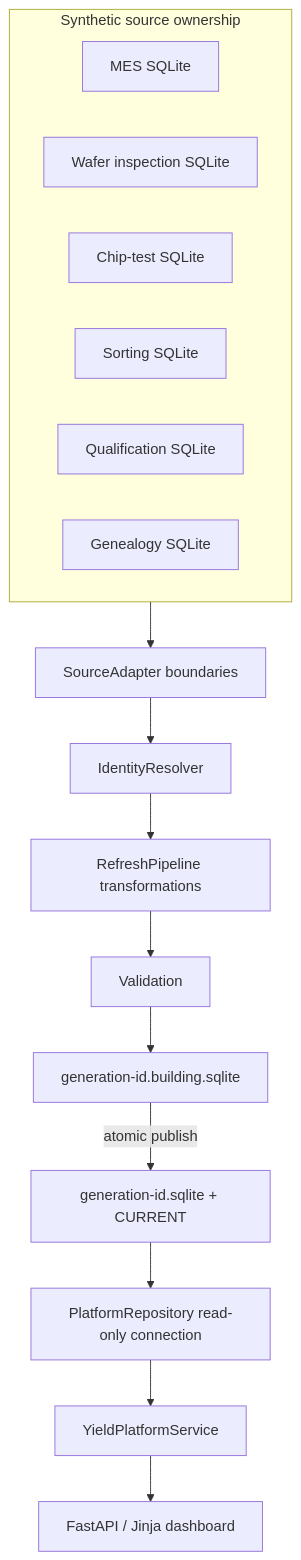
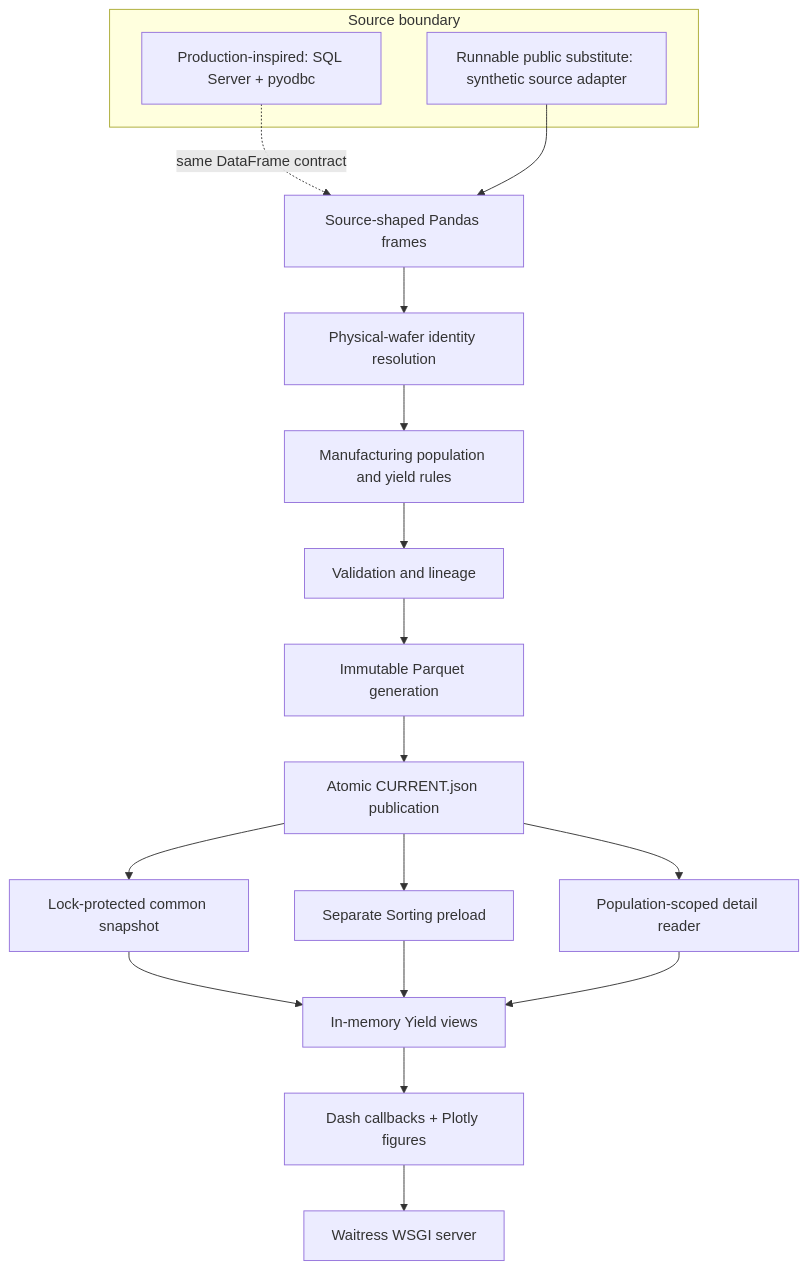
One commit to 4sy8zwp9hz-netizen/manufacturing-analytics-platform changed the first of 2 diagrams in ARCHITECTURE.md. Above: the diagram before and after it, drawn with Mermaid. The commit also changed other lines of this file and 114 other files, not shown here.

Commit message:
Rebuild-production-Yield-portfolio

````diff
--- a/ARCHITECTURE.md
+++ b/ARCHITECTURE.md
@@ -7,20 +10,25 @@
 ```mermaid
-flowchart TB
-    subgraph Sources["Synthetic source ownership"]
-      A["MES SQLite"]
-      B["Wafer inspection SQLite"]
-      C["Chip-test SQLite"]
-      D["Sorting SQLite"]
-      E["Qualification SQLite"]
-      F["Genealogy SQLite"]
+flowchart TD
+    subgraph Source boundary
+        PROD["Production-inspired: SQL Server + pyodbc"]
+        DEMO["Runnable public substitute: synthetic source adapter"]
     end
-    Sources --> X["SourceAdapter boundaries"]
-    X --> I["IdentityResolver"]
-    I --> T["RefreshPipeline transformations"]
-    T --> V["Validation"]
-    V --> G["generation-id.building.sqlite"]
-    G -->|"atomic publish"| P["generation-id.sqlite + CURRENT"]
-    P --> R["PlatformRepository read-only connection"]
-    R --> S["YieldPlatformService"]
-    S --> W["FastAPI / Jinja dashboard"]
+
+    PROD -. "same DataFrame contract" .-> EXTRACT["Source-shaped Pandas frames"]
+    DEMO --> EXTRACT
+    EXTRACT --> ID["Physical-wafer identity resolution"]
+    ID --> RULES["Manufacturing population and yield rules"]
+    RULES --> VALIDATE["Validation and lineage"]
+    VALIDATE --> PARQUET["Immutable Parquet generation"]
+    PARQUET --> POINTER["Atomic CURRENT.json publication"]
+
+    POINTER --> COMMON["Lock-protected common snapshot"]
+    POINTER --> PRELOAD["Separate Sorting preload"]
+    POINTER --> DETAIL["Population-scoped detail reader"]
+
+    COMMON --> ANALYTICS["In-memory Yield views"]
+    PRELOAD --> ANALYTICS
+    DETAIL --> ANALYTICS
+    ANALYTICS --> DASH["Dash callbacks + Plotly figures"]
+    DASH --> WAITRESS["Waitress WSGI server"]
 ```
````
